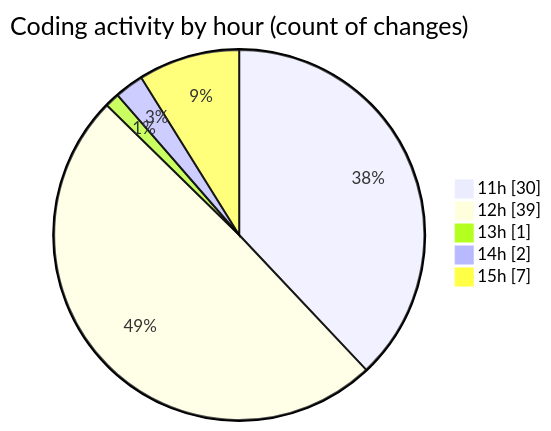
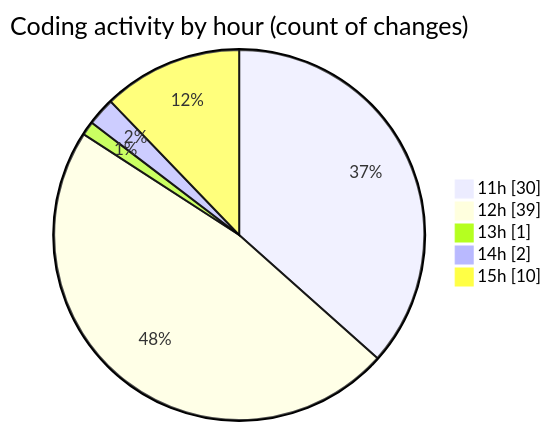
One commit to nxtqubesakshisongat/code-tracking changed the second of 2 diagrams in 2025-07-13/argos/README.md. Above: the diagram before and after it, drawn with Mermaid. The commit also changed other lines of this file and 1 other file, not shown here.

````diff
--- a/2025-07-13/argos/README.md
+++ b/2025-07-13/argos/README.md
@@ -31,9 +31,9 @@
 ```mermaid
 pie showData
 title Coding activity by hour (count of changes)
 "11h" : 30
 "12h" : 39
 "13h" : 1
 "14h" : 2
-"15h" : 7
+"15h" : 10
 ```
````
